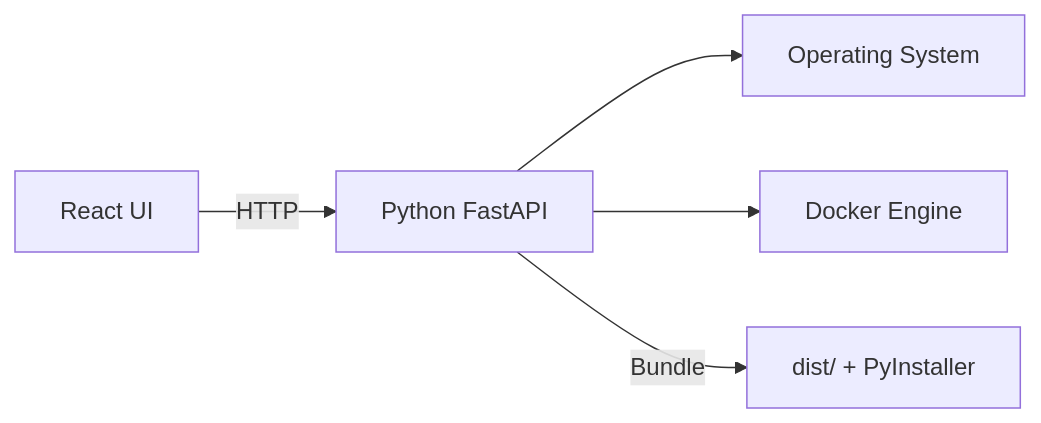
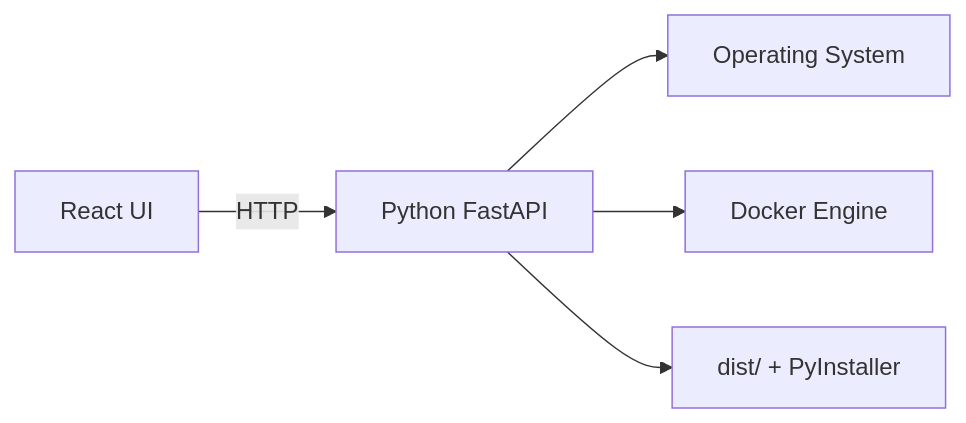
Before and after one commit to haroonabbasi/PortScout: the diagram in docs/architecture.md, drawn with Mermaid. The commit also changed other lines of this file and 17 other files, not shown here.

````diff
--- a/docs/architecture.md
+++ b/docs/architecture.md
@@ -19,7 +22,7 @@
 ```mermaid
 graph LR
   UI[React UI] -->|HTTP| API[Python FastAPI]
   API --> OS[Operating System]
   API --> Docker[Docker Engine]
-  API -->|Bundle| Dist[dist/ + PyInstaller]
+  API --> Bundle[dist/ + PyInstaller]
 ```
````
